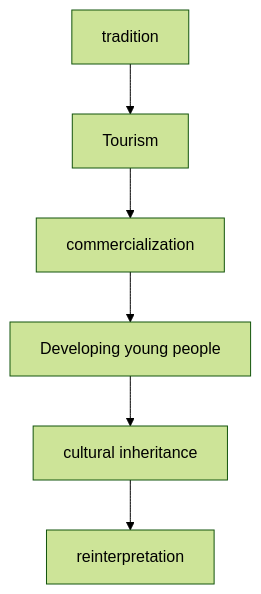
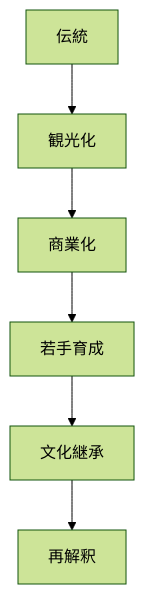
One commit to monumental-movement/monumental-movement.github.io changed the ninth of 12 diagrams in en/_posts/2026-05-16-column-fado.md. Above: the diagram before and after it, drawn with Mermaid (forest theme). The commit also changed other lines of this file and 2196 other files, not shown here.

```diff
--- a/en/_posts/2026-05-16-column-fado.md
+++ b/en/_posts/2026-05-16-column-fado.md
@@ -472,8 +471,8 @@
 <div class="mermaid">
 flowchart TD
-A[tradition] --> B[Tourism]
-B --> C[commercialization]
-C --> D[Developing young people]
-D --> E[cultural inheritance]
-E --> F[reinterpretation]
+A[伝統] --> B[観光化]
+B --> C[商業化]
+C --> D[若手育成]
+D --> E[文化継承]
+E --> F[再解釈]
 </div>
```
